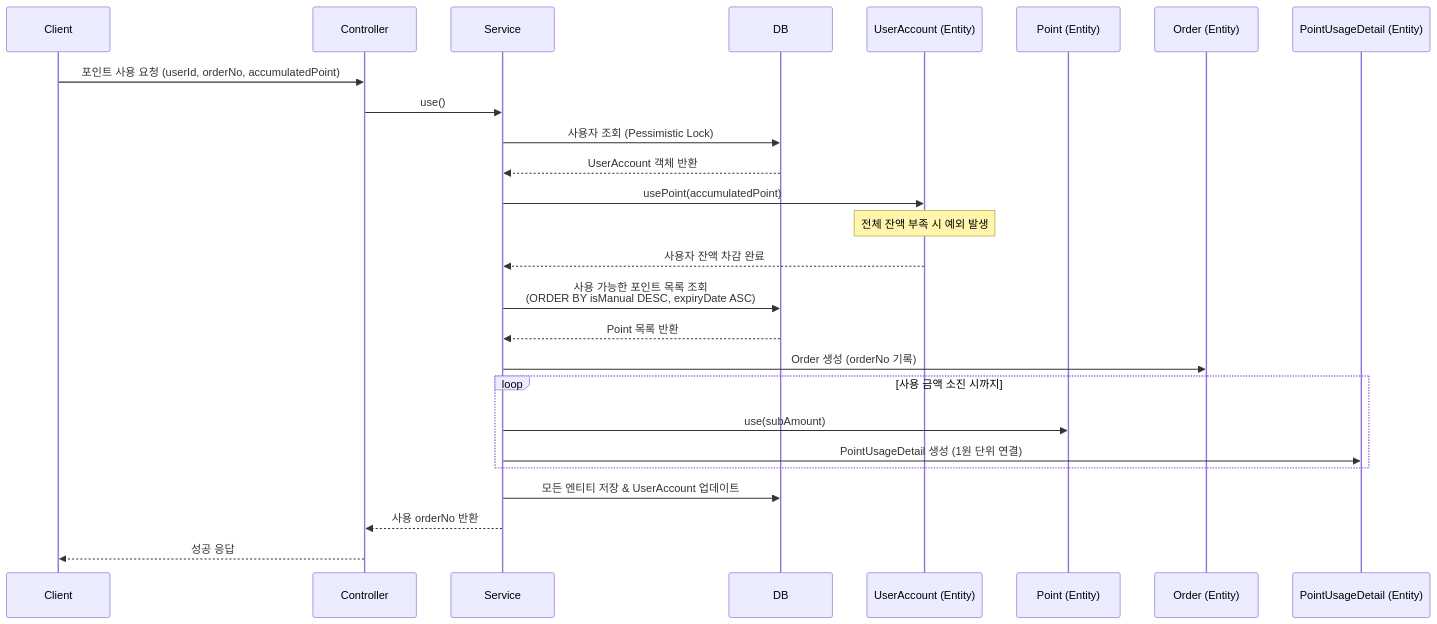
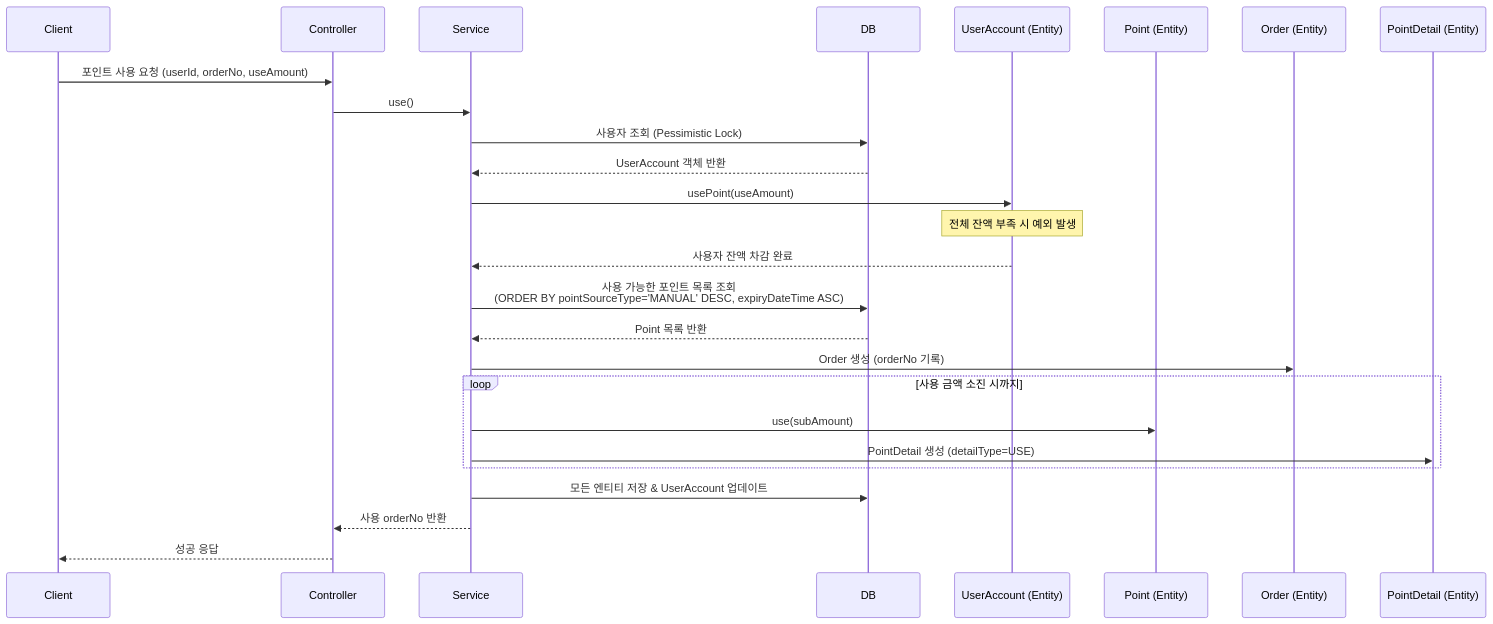
One commit to muzzaiwork/point changed the diagram in docs/api/사용.md. Above: the diagram before and after it, drawn with Mermaid. The commit also changed other lines of this file and 25 other files, not shown here.

````diff
--- a/docs/api/사용.md
+++ b/docs/api/사용.md
@@ -57,32 +57,32 @@
 ```mermaid
 sequenceDiagram
     participant Client
     participant Controller
     participant Service
     participant DB
     participant UserAccountEntity as UserAccount (Entity)
     participant PointEntity as Point (Entity)
     participant OrderEntity as Order (Entity)
-    participant DetailEntity as PointUsageDetail (Entity)
+    participant DetailEntity as PointDetail (Entity)
 
-    Client->>Controller: 포인트 사용 요청 (userId, orderNo, accumulatedPoint)
+    Client->>Controller: 포인트 사용 요청 (userId, orderNo, useAmount)
     Controller->>Service: use()
     Service->>DB: 사용자 조회 (Pessimistic Lock)
     DB-->>Service: UserAccount 객체 반환
-    Service->>UserAccountEntity: usePoint(accumulatedPoint)
+    Service->>UserAccountEntity: usePoint(useAmount)
     Note over UserAccountEntity: 전체 잔액 부족 시 예외 발생
     UserAccountEntity-->>Service: 사용자 잔액 차감 완료
     
-    Service->>DB: 사용 가능한 포인트 목록 조회<br/>(ORDER BY isManual DESC, expiryDate ASC)
+    Service->>DB: 사용 가능한 포인트 목록 조회<br/>(ORDER BY pointSourceType='MANUAL' DESC, expiryDateTime ASC)
     DB-->>Service: Point 목록 반환
     
     Service->>OrderEntity: Order 생성 (orderNo 기록)
     loop 사용 금액 소진 시까지
         Service->>PointEntity: use(subAmount)
-        Service->>DetailEntity: PointUsageDetail 생성 (1원 단위 연결)
+        Service->>DetailEntity: PointDetail 생성 (detailType=USE)
     end
     
     Service->>DB: 모든 엔티티 저장 & UserAccount 업데이트
     Service-->>Controller: 사용 orderNo 반환
     Controller-->>Client: 성공 응답
 ```
````
